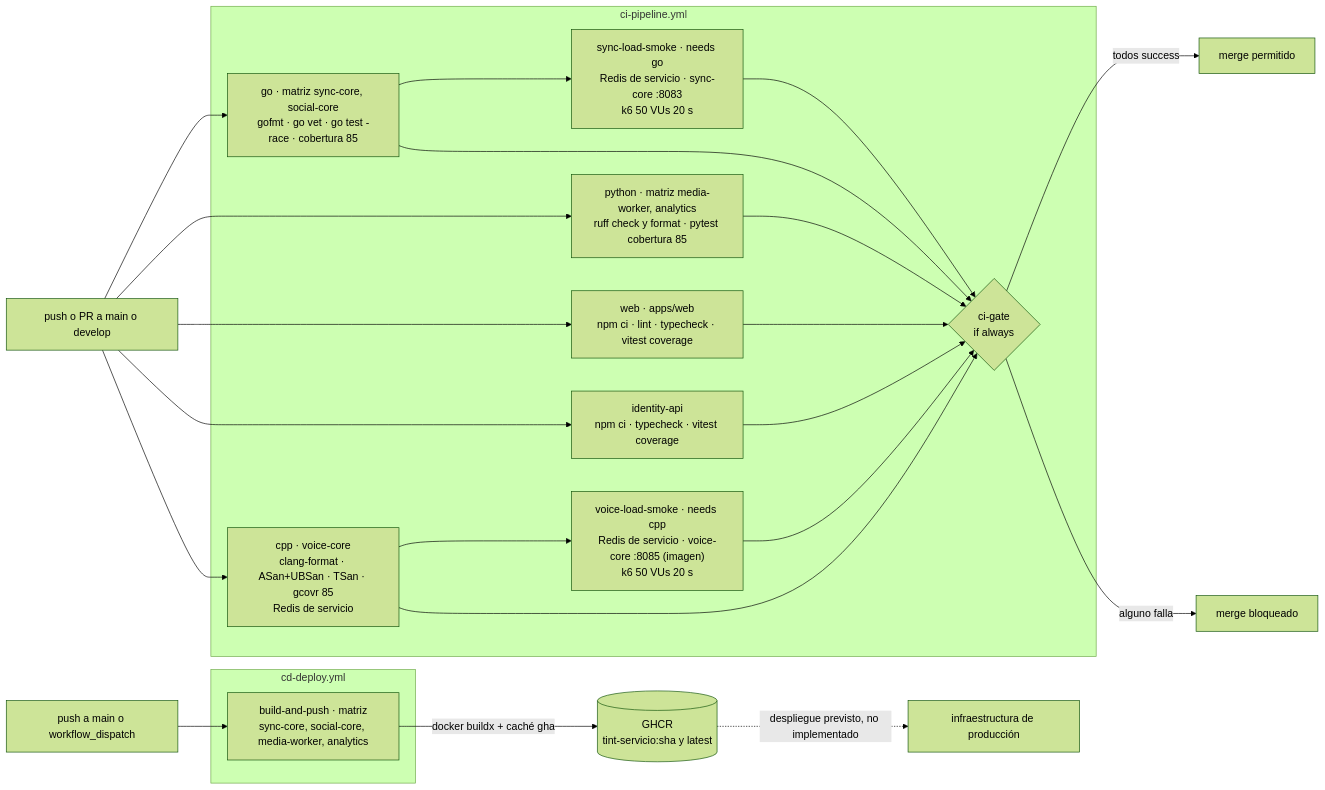
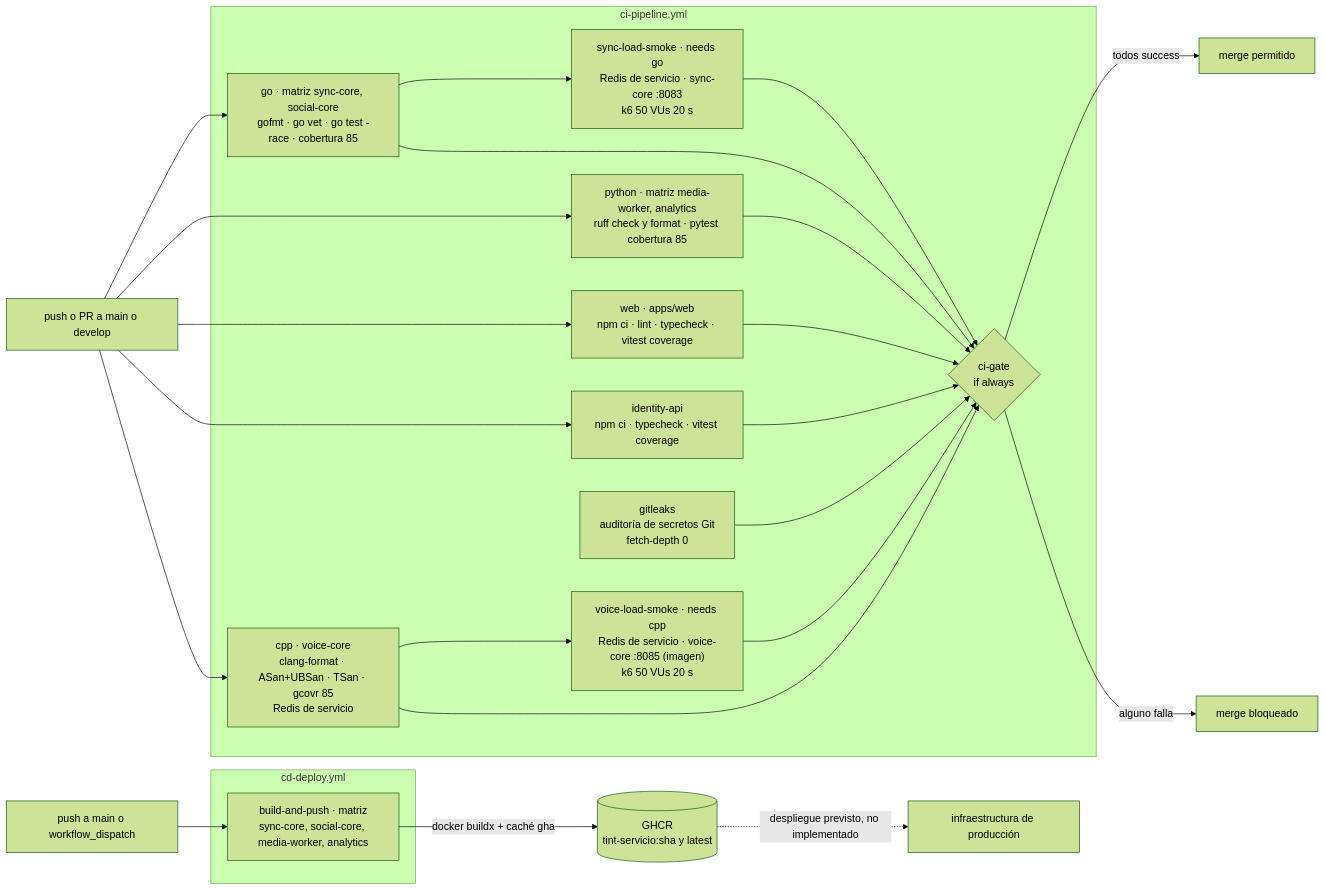
The seventh of 8 diagrams in docs/arquitectura.md (TINTOrganization/TINT), drawn with Mermaid (forest theme) before and after one commit. The commit also changed other lines of this file and 3 other files, not shown here.

````diff
--- a/docs/arquitectura.md
+++ b/docs/arquitectura.md
@@ -425,32 +425,33 @@
 ```mermaid
 flowchart LR
     EV1["push o PR a main o develop"] --> GO
     EV1 --> PY
     EV1 --> WEBJ
     EV1 --> IDJ
     EV1 --> CPP
 
     subgraph ci["ci-pipeline.yml"]
         GO["go · matriz sync-core, social-core<br/>gofmt · go vet · go test -race · cobertura 85"]
         PY["python · matriz media-worker, analytics<br/>ruff check y format · pytest cobertura 85"]
         WEBJ["web · apps/web<br/>npm ci · lint · typecheck · vitest coverage"]
         IDJ["identity-api<br/>npm ci · typecheck · vitest coverage"]
         CPP["cpp · voice-core<br/>clang-format · ASan+UBSan · TSan · gcovr 85<br/>Redis de servicio"]
         K6["sync-load-smoke · needs go<br/>Redis de servicio · sync-core :8083<br/>k6 50 VUs 20 s"]
         K6V["voice-load-smoke · needs cpp<br/>Redis de servicio · voice-core :8085 (imagen)<br/>k6 50 VUs 20 s"]
+        GTL["gitleaks<br/>auditoría de secretos Git<br/>fetch-depth 0"]
         GATE{"ci-gate<br/>if always"}
         GO --> K6
         CPP --> K6V
-        GO & PY & WEBJ & IDJ & CPP & K6 & K6V --> GATE
+        GO & PY & WEBJ & IDJ & CPP & K6 & K6V & GTL --> GATE
     end
 
     GATE -- "todos success" --> OK["merge permitido"]
     GATE -- "alguno falla" --> KO["merge bloqueado"]
 
     EV2["push a main o workflow_dispatch"] --> CD
     subgraph cd["cd-deploy.yml"]
         CD["build-and-push · matriz<br/>sync-core, social-core, media-worker, analytics"]
     end
     CD -- "docker buildx + caché gha" --> GHCR[("GHCR<br/>tint-servicio:sha y latest")]
     GHCR -. "despliegue previsto, no implementado" .-> PROD["infraestructura de producción"]
 ```
````
